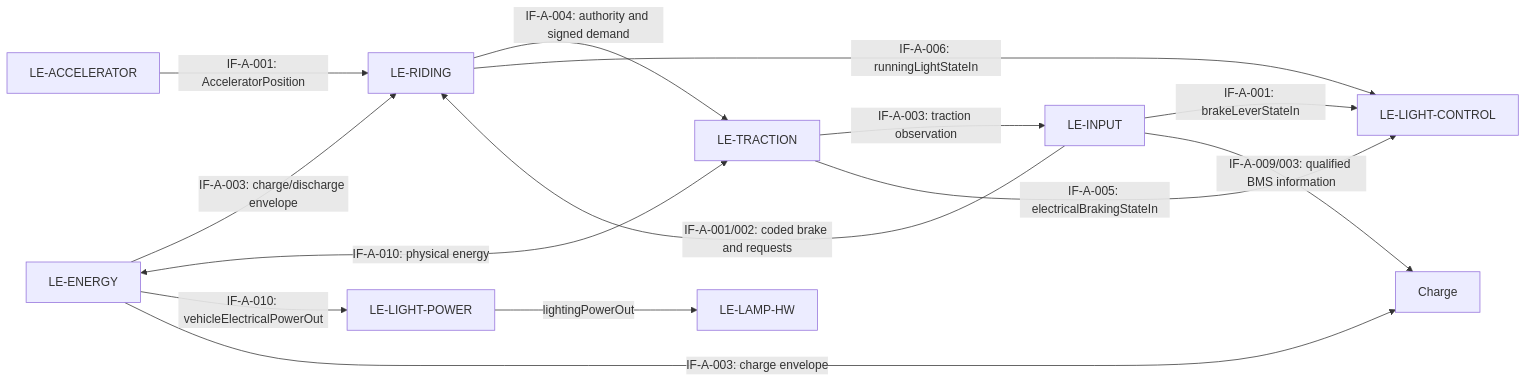
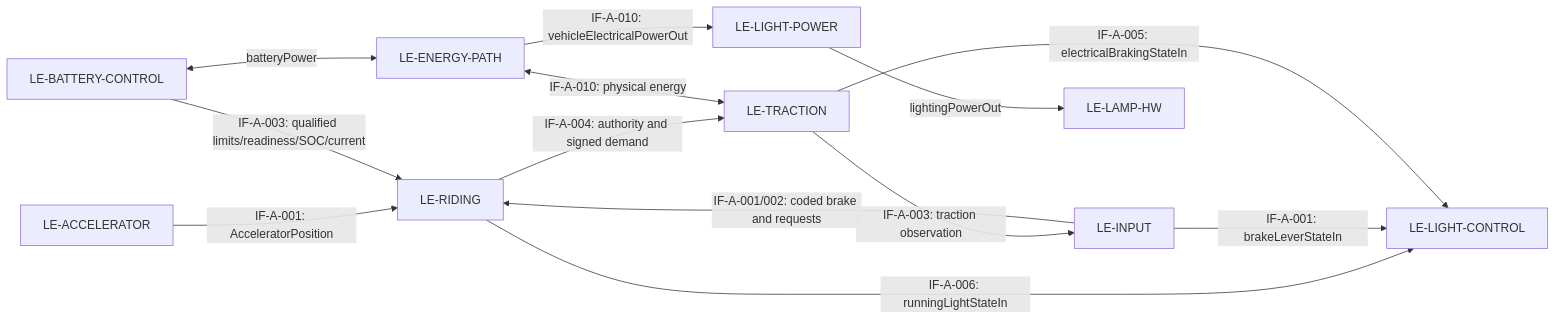
Before and after one commit to dhellhake/X2CityMCU: the second of 2 diagrams in .devenv/Architecture/SystemArchitecture/ARCH-001_System_Architecture.md, drawn with Mermaid. The commit also changed other lines of this file and 74 other files, not shown here.

````diff
--- a/.devenv/Architecture/SystemArchitecture/ARCH-001_System_Architecture.md
+++ b/.devenv/Architecture/SystemArchitecture/ARCH-001_System_Architecture.md
@@ -96,16 +97,15 @@
 ```mermaid
 flowchart LR
     Accelerator["LE-ACCELERATOR"] -->|"IF-A-001: AcceleratorPosition"| Riding["LE-RIDING"]
     Input["LE-INPUT"] -->|"IF-A-001/002: coded brake and requests"| Riding
     Riding -->|"IF-A-004: authority and signed demand"| Drive["LE-TRACTION"]
     Drive -->|"IF-A-003: traction observation"| Input
-    Energy["LE-ENERGY"] -->|"IF-A-003: charge/discharge envelope"| Riding
-    Energy <-->|"IF-A-010: physical energy"| Drive
+    BatteryControl["LE-BATTERY-CONTROL"] -->|"IF-A-003: qualified limits/readiness/SOC/current"| Riding
+    BatteryControl <-->|"batteryPower"| EnergyPath["LE-ENERGY-PATH"]
+    EnergyPath <-->|"IF-A-010: physical energy"| Drive
     Riding -->|"IF-A-006: runningLightStateIn"| LightControl["LE-LIGHT-CONTROL"]
     Input -->|"IF-A-001: brakeLeverStateIn"| LightControl
     Drive -->|"IF-A-005: electricalBrakingStateIn"| LightControl
-    Energy -->|"IF-A-010: vehicleElectricalPowerOut"| LightPower["LE-LIGHT-POWER"]
+    EnergyPath -->|"IF-A-010: vehicleElectricalPowerOut"| LightPower["LE-LIGHT-POWER"]
     LightPower -->|"lightingPowerOut"| LightActuation["LE-LAMP-HW"]
-    Input -->|"IF-A-009/003: qualified BMS information"| Charge
-    Energy -->|"IF-A-003: charge envelope"| Charge
 ```
````
